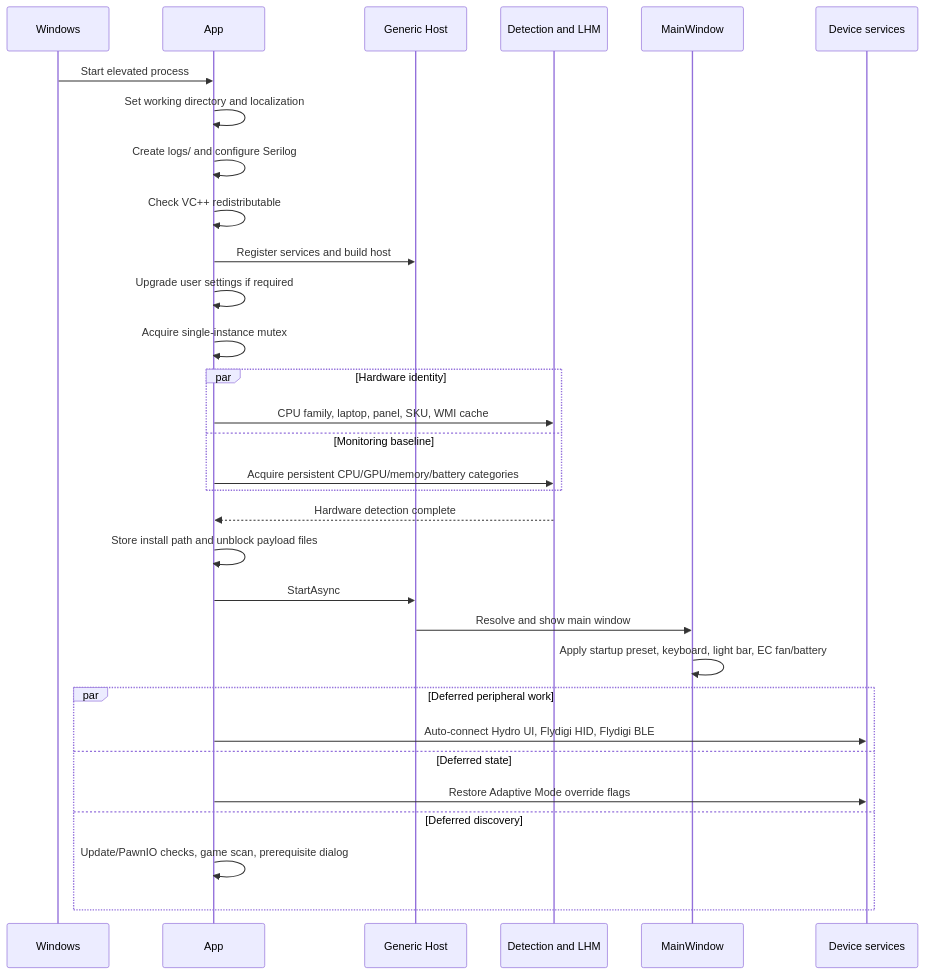
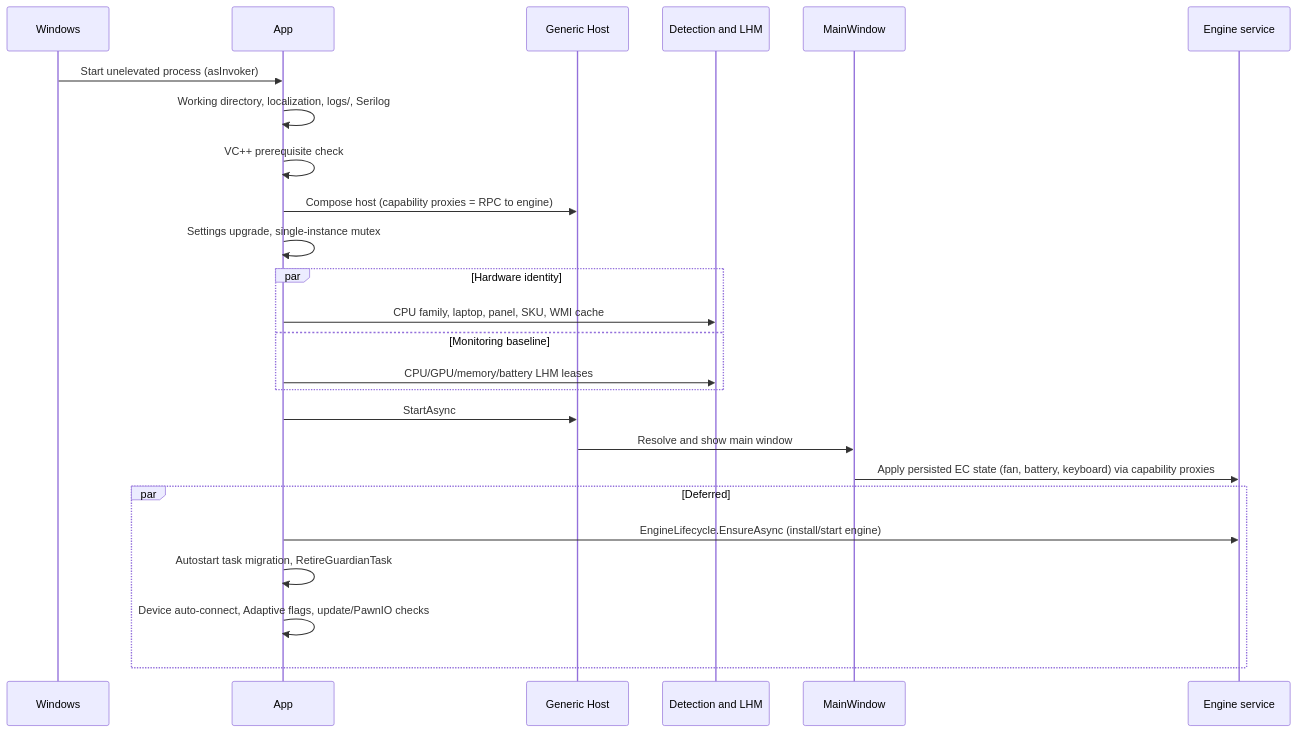
One commit to Uniwill-Control-Utility/Uniwill-Control-Utility changed the second of 4 diagrams in wiki/architecture/startup-and-lifecycle.md. Above: the diagram before and after it, drawn with Mermaid. The commit also changed other lines of this file and 24 other files, not shown here.

First line of the commit message:
Phase 6: retire the guardian and the dev bridge; the engine is the architecture

````diff
--- a/wiki/architecture/startup-and-lifecycle.md
+++ b/wiki/architecture/startup-and-lifecycle.md
@@ -7,34 +35,28 @@
 ```mermaid
 sequenceDiagram
     participant OS as Windows
     participant App
     participant Host as Generic Host
     participant Detect as Detection and LHM
     participant Win as MainWindow
-    participant Dev as Device services
+    participant Eng as Engine service
 
-    OS->>App: Start elevated process
-    App->>App: Set working directory and localization
-    App->>App: Create logs/ and configure Serilog
-    App->>App: Check VC++ redistributable
-    App->>Host: Register services and build host
-    App->>App: Upgrade user settings if required
-    App->>App: Acquire single-instance mutex
+    OS->>App: Start unelevated process (asInvoker)
+    App->>App: Working directory, localization, logs/, Serilog
+    App->>App: VC++ prerequisite check
+    App->>Host: Compose host (capability proxies = RPC to engine)
+    App->>App: Settings upgrade, single-instance mutex
     par Hardware identity
         App->>Detect: CPU family, laptop, panel, SKU, WMI cache
     and Monitoring baseline
-        App->>Detect: Acquire persistent CPU/GPU/memory/battery categories
+        App->>Detect: CPU/GPU/memory/battery LHM leases
     end
-    Detect-->>App: Hardware detection complete
-    App->>App: Store install path and unblock payload files
     App->>Host: StartAsync
     Host->>Win: Resolve and show main window
-    Win->>Win: Apply startup preset, keyboard, light bar, EC fan/battery
-    par Deferred peripheral work
-        App->>Dev: Auto-connect Hydro UI, Flydigi HID, Flydigi BLE
-    and Deferred state
-        App->>Dev: Restore Adaptive Mode override flags
-    and Deferred discovery
-        App->>App: Update/PawnIO checks, game scan, prerequisite dialog
+    Win->>Eng: Apply persisted EC state (fan, battery, keyboard) via capability proxies
+    par Deferred
+        App->>Eng: EngineLifecycle.EnsureAsync (install/start engine)
+        App->>App: Autostart task migration, RetireGuardianTask
+        App->>App: Device auto-connect, Adaptive flags, update/PawnIO checks
     end
 ```
````
